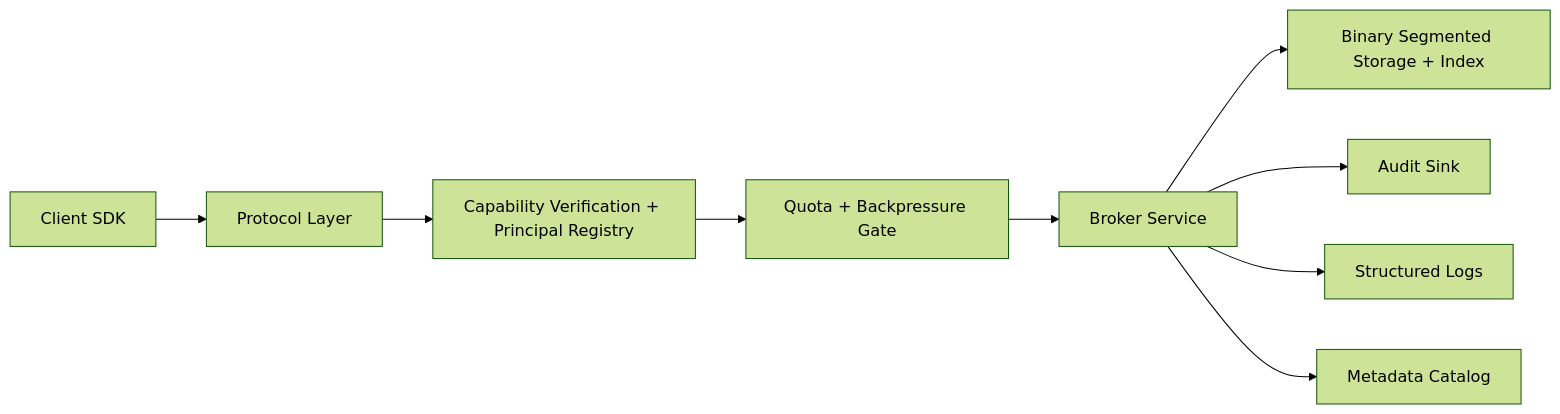
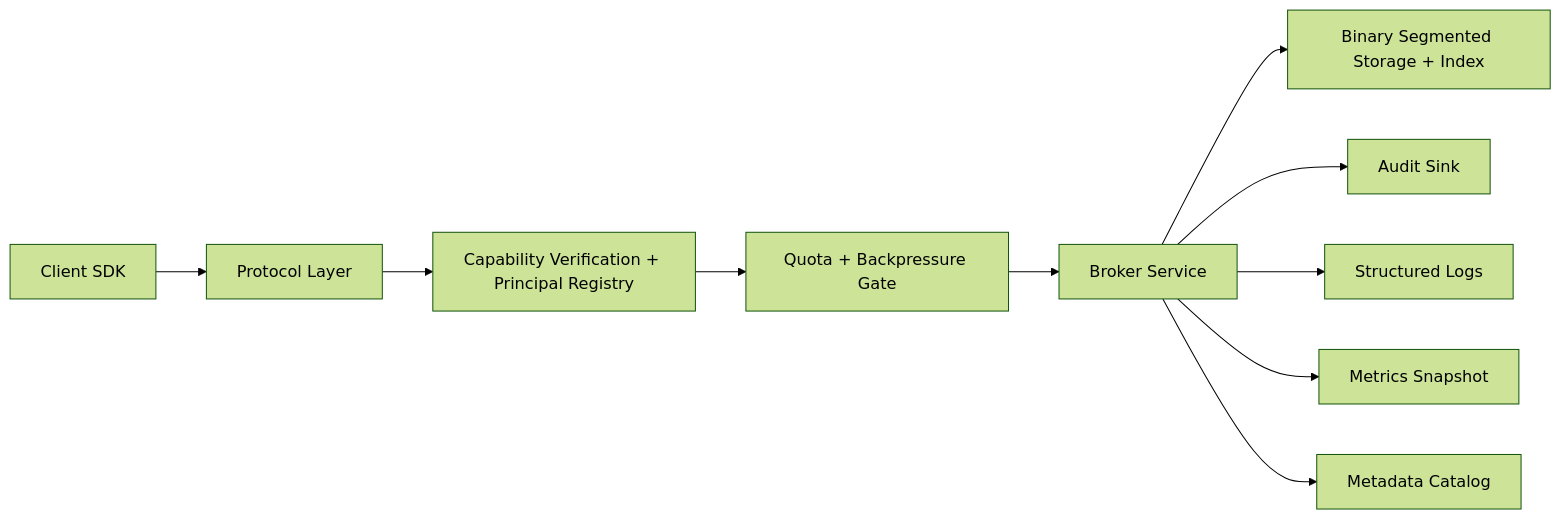
The diagram in docs/design/phase-1-system-design.md (Botfather/expressways), drawn with Mermaid (forest theme) before and after one commit. The commit also changed other lines of this file and 13 other files, not shown here.

````diff
--- a/docs/design/phase-1-system-design.md
+++ b/docs/design/phase-1-system-design.md
@@ -29,11 +31,12 @@
 ```mermaid
 flowchart LR
     C["Client SDK"] --> P["Protocol Layer"]
     P --> A["Capability Verification + Principal Registry"]
     A --> Q["Quota + Backpressure Gate"]
     Q --> B["Broker Service"]
     B --> S["Binary Segmented Storage + Index"]
     B --> U["Audit Sink"]
     B --> L["Structured Logs"]
+    B --> O["Metrics Snapshot"]
     B --> M["Metadata Catalog"]
 ```
````
